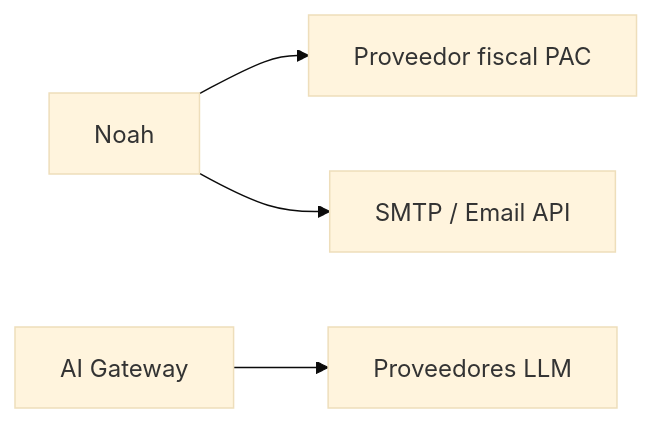
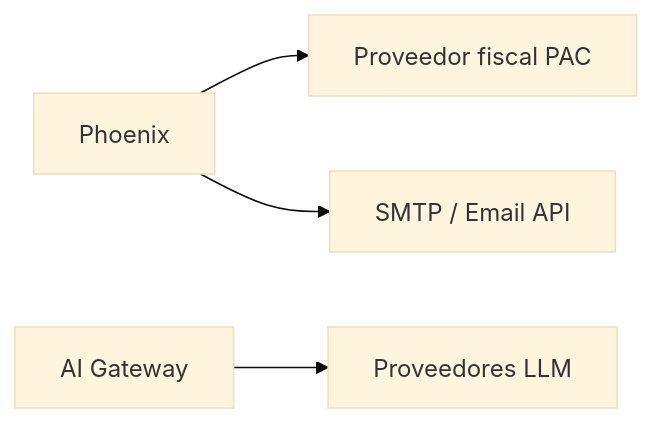
The second of 2 diagrams in openspec/architecture/context-map.md (Adrian247/noah), drawn with Mermaid (base theme) before and after one commit. The commit also changed other lines of this file and 402 other files, not shown here.

````diff
--- a/openspec/architecture/context-map.md
+++ b/openspec/architecture/context-map.md
@@ -47,11 +47,11 @@
 ```mermaid
 flowchart LR
-  Noah[Noah]
+  Phoenix[Phoenix]
   PAC[Proveedor fiscal PAC]
   Email[SMTP / Email API]
   LLM[Proveedores LLM]
 
-  Noah --> PAC
-  Noah --> Email
+  Phoenix --> PAC
+  Phoenix --> Email
   AI[AI Gateway] --> LLM
 ```
````
